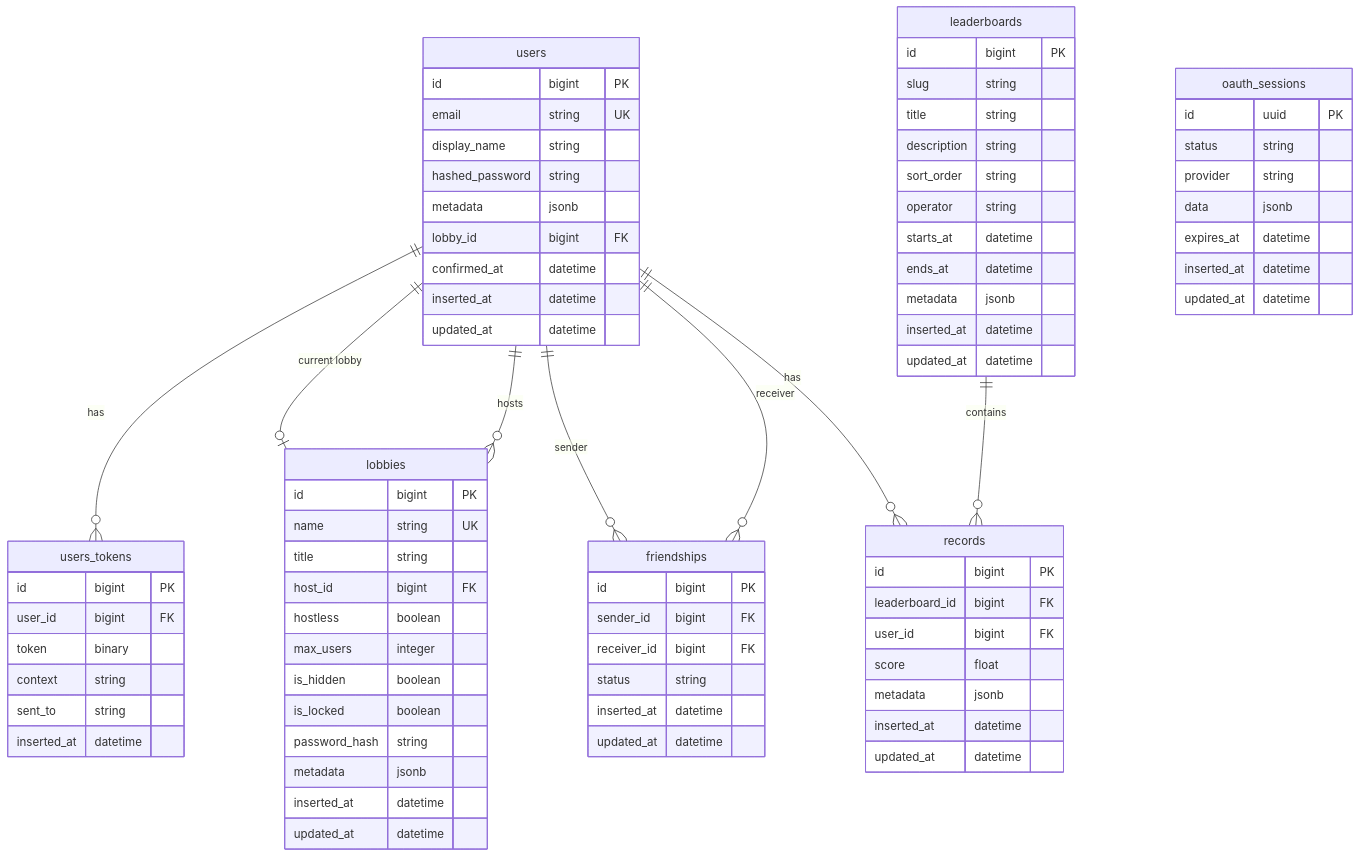
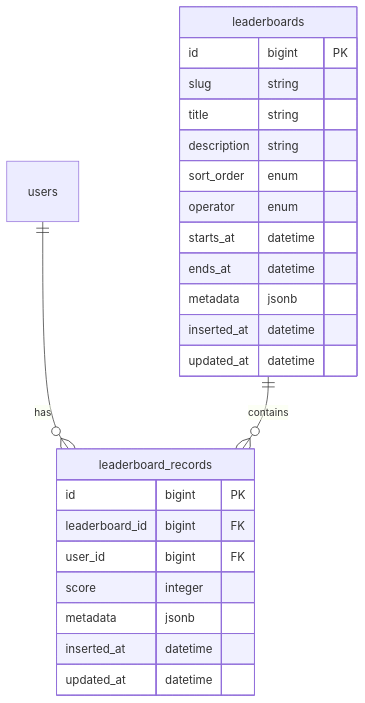
One commit to appsinacup/game_server changed the ninth of 10 diagrams in ARCHITECTURE.md. Above: the diagram before and after it, drawn with Mermaid. The commit also changed other lines of this file, not shown here.

Commit message:
upd readme

````diff
--- a/ARCHITECTURE.md
+++ b/ARCHITECTURE.md
@@ -206,57 +332,12 @@
 ```mermaid
 erDiagram
-    users {
-        id bigint PK
-        email string UK
-        display_name string
-        hashed_password string
-        metadata jsonb
-        lobby_id bigint FK
-        confirmed_at datetime
-        inserted_at datetime
-        updated_at datetime
-    }
-
-    users_tokens {
-        id bigint PK
-        user_id bigint FK
-        token binary
-        context string
-        sent_to string
-        inserted_at datetime
-    }
-
-    lobbies {
-        id bigint PK
-        name string UK
-        title string
-        host_id bigint FK
-        hostless boolean
-        max_users integer
-        is_hidden boolean
-        is_locked boolean
-        password_hash string
-        metadata jsonb
-        inserted_at datetime
-        updated_at datetime
-    }
-
-    friendships {
-        id bigint PK
-        sender_id bigint FK
-        receiver_id bigint FK
-        status string
-        inserted_at datetime
-        updated_at datetime
-    }
-
     leaderboards {
         id bigint PK
         slug string
         title string
         description string
-        sort_order string
-        operator string
+        sort_order enum
+        operator enum
         starts_at datetime
         ends_at datetime
         metadata jsonb
@@ -264,31 +345,16 @@
         updated_at datetime
     }
 
-    records {
+    leaderboard_records {
         id bigint PK
         leaderboard_id bigint FK
         user_id bigint FK
-        score float
+        score integer
         metadata jsonb
         inserted_at datetime
         updated_at datetime
     }
 
-    oauth_sessions {
-        id uuid PK
-        status string
-        provider string
-        data jsonb
-        expires_at datetime
-        inserted_at datetime
-        updated_at datetime
-    }
-
-    users ||--o{ users_tokens : "has"
-    users ||--o| lobbies : "current lobby"
-    users ||--o{ lobbies : "hosts"
-    users ||--o{ friendships : "sender"
-    users ||--o{ friendships : "receiver"
-    users ||--o{ records : "has"
-    leaderboards ||--o{ records : "contains"
+    users ||--o{ leaderboard_records : "has"
+    leaderboards ||--o{ leaderboard_records : "contains"
 ```
````
